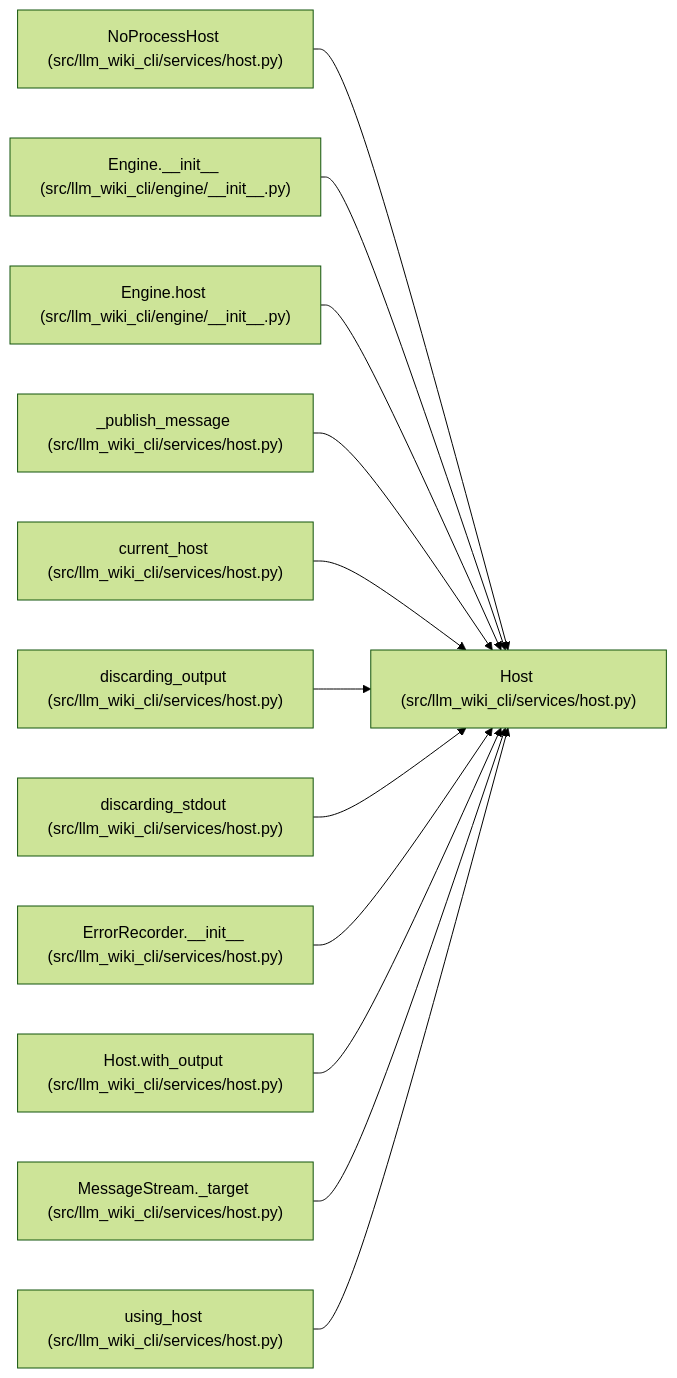
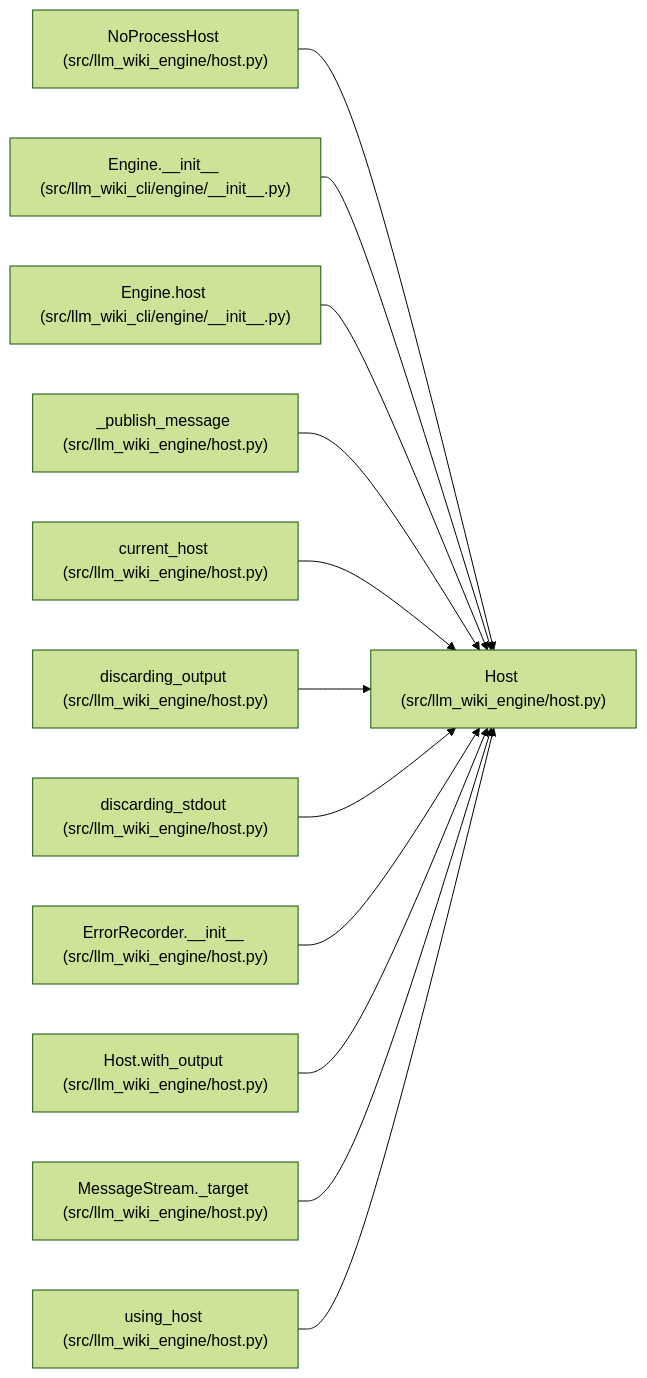
One commit to Denissvgn/python-wiki-llm changed the diagram in docs/llm_wiki/entities/Host.md. Above: the diagram before and after it, drawn with Mermaid (forest theme). The commit also changed other lines of this file and 1103 other files, not shown here.

First line of the commit message:
docs: refresh the wiki for the llm-wiki-engine distribution

````diff
--- a/docs/llm_wiki/entities/Host.md
+++ b/docs/llm_wiki/entities/Host.md
@@ -41,38 +41,38 @@
 ```mermaid
 flowchart LR
-    n0["Host (src/llm_wiki_cli/services/host.py)"]
-    n1["NoProcessHost (src/llm_wiki_cli/services/host.py)"]
+    n0["Host (src/llm_wiki_engine/host.py)"]
+    n1["NoProcessHost (src/llm_wiki_engine/host.py)"]
     n2["Engine.__init__ (src/llm_wiki_cli/engine/__init__.py)"]
     n3["Engine.host (src/llm_wiki_cli/engine/__init__.py)"]
-    n4["_publish_message (src/llm_wiki_cli/services/host.py)"]
-    n5["current_host (src/llm_wiki_cli/services/host.py)"]
-    n6["discarding_output (src/llm_wiki_cli/services/host.py)"]
-    n7["discarding_stdout (src/llm_wiki_cli/services/host.py)"]
-    n8["ErrorRecorder.__init__ (src/llm_wiki_cli/services/host.py)"]
-    n9["Host.with_output (src/llm_wiki_cli/services/host.py)"]
-    n10["MessageStream._target (src/llm_wiki_cli/services/host.py)"]
-    n11["using_host (src/llm_wiki_cli/services/host.py)"]
+    n4["_publish_message (src/llm_wiki_engine/host.py)"]
+    n5["current_host (src/llm_wiki_engine/host.py)"]
+    n6["discarding_output (src/llm_wiki_engine/host.py)"]
+    n7["discarding_stdout (src/llm_wiki_engine/host.py)"]
+    n8["ErrorRecorder.__init__ (src/llm_wiki_engine/host.py)"]
+    n9["Host.with_output (src/llm_wiki_engine/host.py)"]
+    n10["MessageStream._target (src/llm_wiki_engine/host.py)"]
+    n11["using_host (src/llm_wiki_engine/host.py)"]
     n1 --> n0
     n2 --> n0
     n3 --> n0
     n4 --> n0
     n5 --> n0
     n6 --> n0
     n7 --> n0
     n8 --> n0
     n9 --> n0
     n10 --> n0
     n11 --> n0
     click n0 "../modules/host.md"
     click n1 "../modules/host.md"
     click n2 "../modules/engine___init__.md"
     click n3 "../modules/engine___init__.md"
     click n4 "../modules/host.md"
     click n5 "../modules/host.md"
     click n6 "../modules/host.md"
     click n7 "../modules/host.md"
     click n8 "../modules/host.md"
     click n9 "../modules/host.md"
     click n10 "../modules/host.md"
     click n11 "../modules/host.md"
 ```
````
